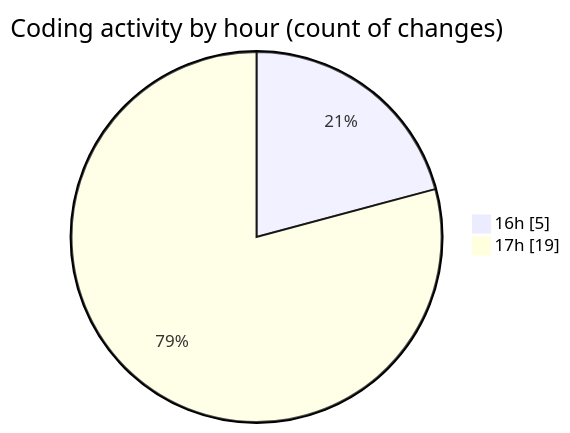
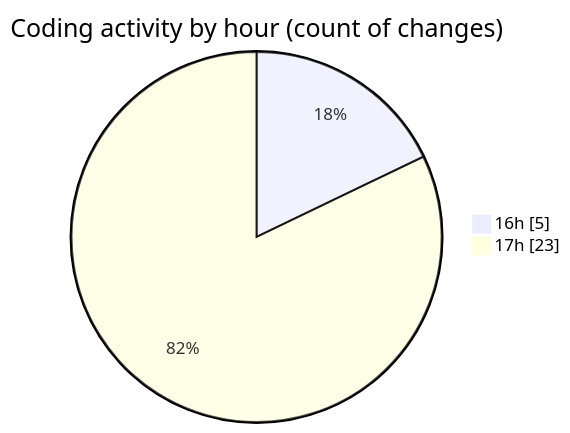
The second of 2 diagrams in 2025-01-10/mbc-web/README.md (robertbonfada/code-tracking), drawn with Mermaid before and after one commit. The commit also changed other lines of this file and 1 other file, not shown here.

````diff
--- a/2025-01-10/mbc-web/README.md
+++ b/2025-01-10/mbc-web/README.md
@@ -32,6 +32,6 @@
 ```mermaid
 pie showData
 title Coding activity by hour (count of changes)
 "16h" : 5
-"17h" : 19
+"17h" : 23
 ```
````
